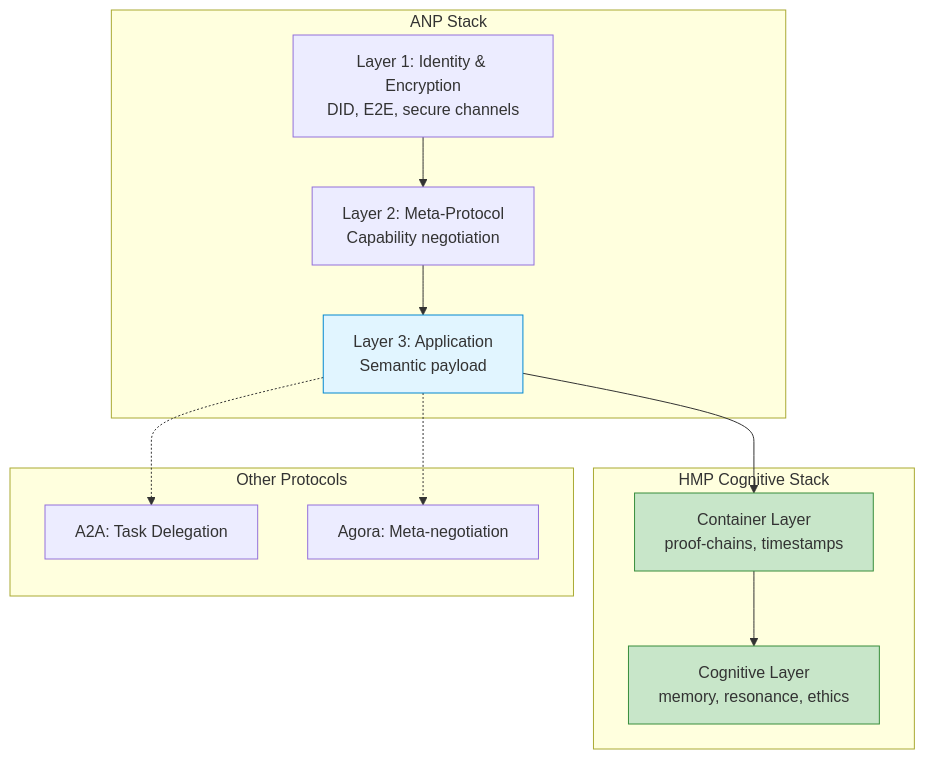
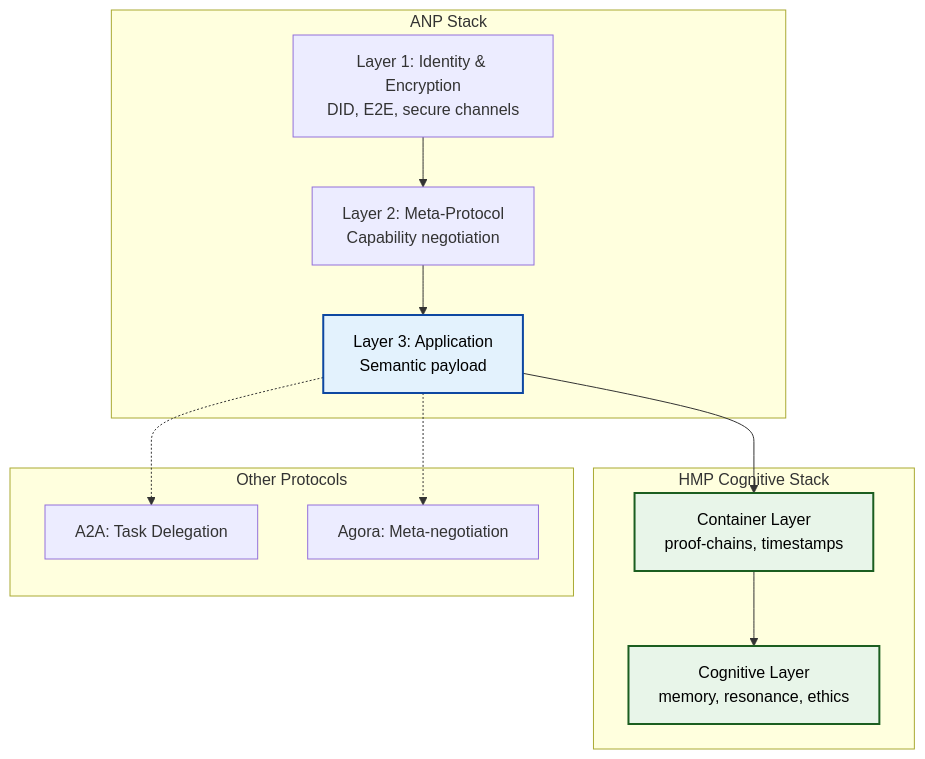
Before and after one commit to kagvi13/HMP: the diagram in docs/HMP_as_ANP_Application.md, drawn with Mermaid.

````diff
--- a/docs/HMP_as_ANP_Application.md
+++ b/docs/HMP_as_ANP_Application.md
@@ -59,28 +59,28 @@
 ```mermaid
 graph TB
     subgraph ANP["ANP Stack"]
         L1[Layer 1: Identity & Encryption<br/>DID, E2E, secure channels]
         L2[Layer 2: Meta-Protocol<br/>Capability negotiation]
         L3[Layer 3: Application<br/>Semantic payload]
     end
     
     subgraph HMP["HMP Cognitive Stack"]
         Container[Container Layer<br/>proof-chains, timestamps]
         Cognitive[Cognitive Layer<br/>memory, resonance, ethics]
     end
     
     subgraph Other["Other Protocols"]
         A2A[A2A: Task Delegation]
         Agora[Agora: Meta-negotiation]
     end
     
     L1 --> L2 --> L3
     L3 --> Container
     Container --> Cognitive
     L3 -.-> A2A
     L3 -.-> Agora
     
-    style L3 fill:#e1f5ff,stroke:#0288d1
-    style Container fill:#c8e6c9,stroke:#388e3c
-    style Cognitive fill:#c8e6c9,stroke:#388e3c
+    style L3 fill:#E3F2FD,stroke:#0D47A1,stroke-width:2px,color:#000
+    style Container fill:#E8F5E9,stroke:#1B5E20,stroke-width:2px,color:#000
+    style Cognitive fill:#E8F5E9,stroke:#1B5E20,stroke-width:2px,color:#000
 ```
````
